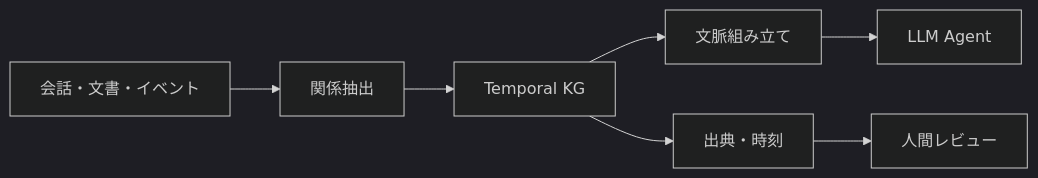
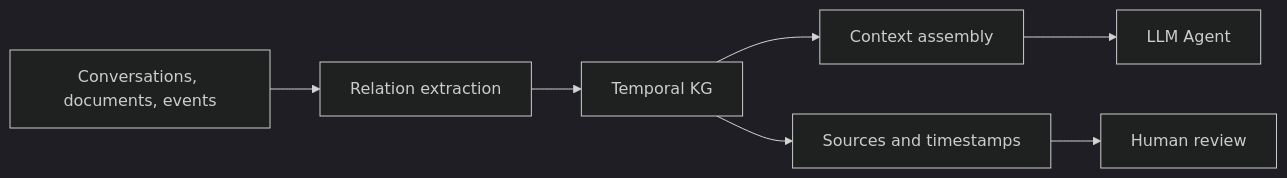
One commit to daylight55/research changed the eighth of 13 diagrams in content/blog/en/ai-llm-ontology-memory.mdx. Above: the diagram before and after it, drawn with Mermaid (dark theme). The commit also changed other lines of this file and 26 other files, not shown here.

Commit message:
Translate English Mermaid labels

````diff
--- a/content/blog/en/ai-llm-ontology-memory.mdx
+++ b/content/blog/en/ai-llm-ontology-memory.mdx
@@ -246,9 +246,9 @@
 ```mermaid
 flowchart LR
-  Src["会話・文書・イベント"] --> Ext["関係抽出"]
+  Src["Conversations, documents, events"] --> Ext["Relation extraction"]
   Ext --> TKG["Temporal KG"]
-  TKG --> Ctx["文脈組み立て"]
-  TKG --> Aud["出典・時刻"]
+  TKG --> Ctx["Context assembly"]
+  TKG --> Aud["Sources and timestamps"]
   Ctx --> Agent["LLM Agent"]
-  Aud --> Rev["人間レビュー"]
+  Aud --> Rev["Human review"]
 ```
````
